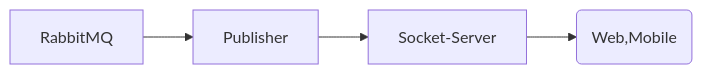
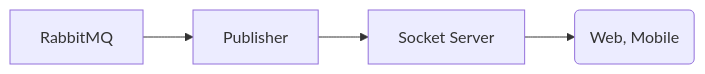
One commit to spaceomid/Documentation changed the diagram in docs/Streaming/index.md. Above: the diagram before and after it, drawn with Mermaid.

Commit message:
changing streaming chart text

````diff
--- a/docs/Streaming/index.md
+++ b/docs/Streaming/index.md
@@ -3,6 +3,6 @@
 ``` mermaid
   graph LR
   A[RabbitMQ] --> B[Publisher]
-  B --> C[Socket-Server]
-  C --> Client(Web,Mobile)
+  B --> C[Socket Server]
+  C --> Client(Web, Mobile)
 ```
````
